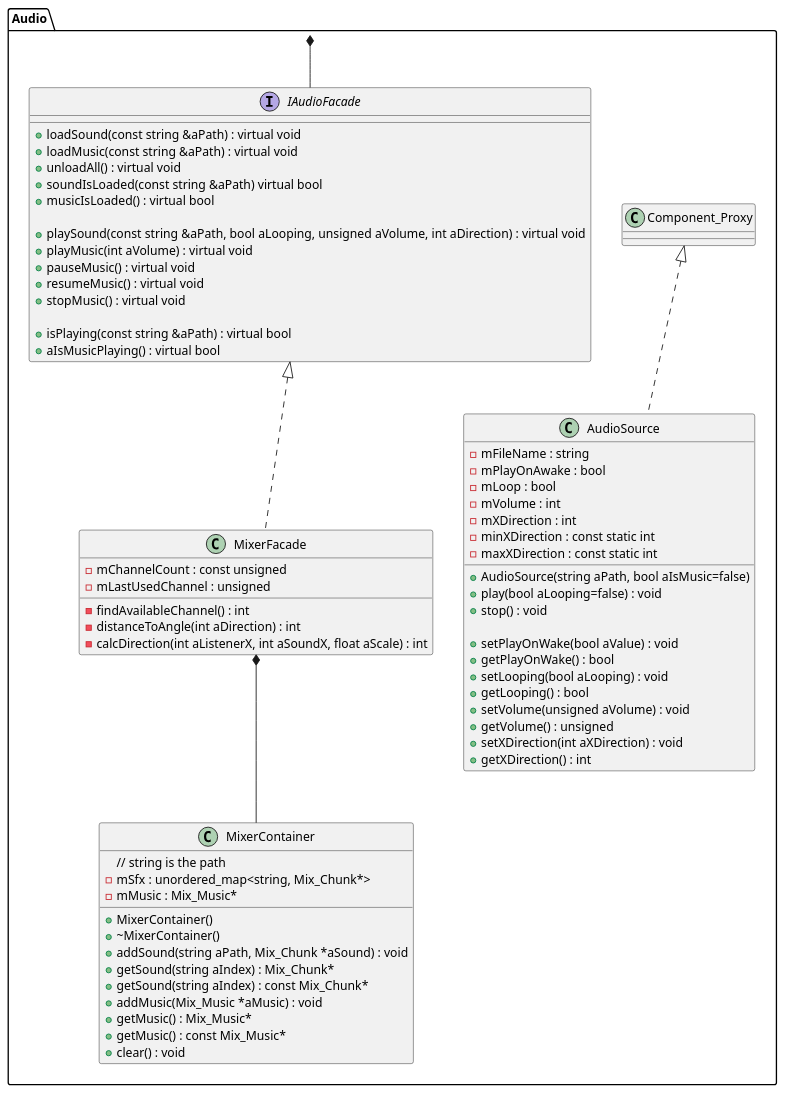
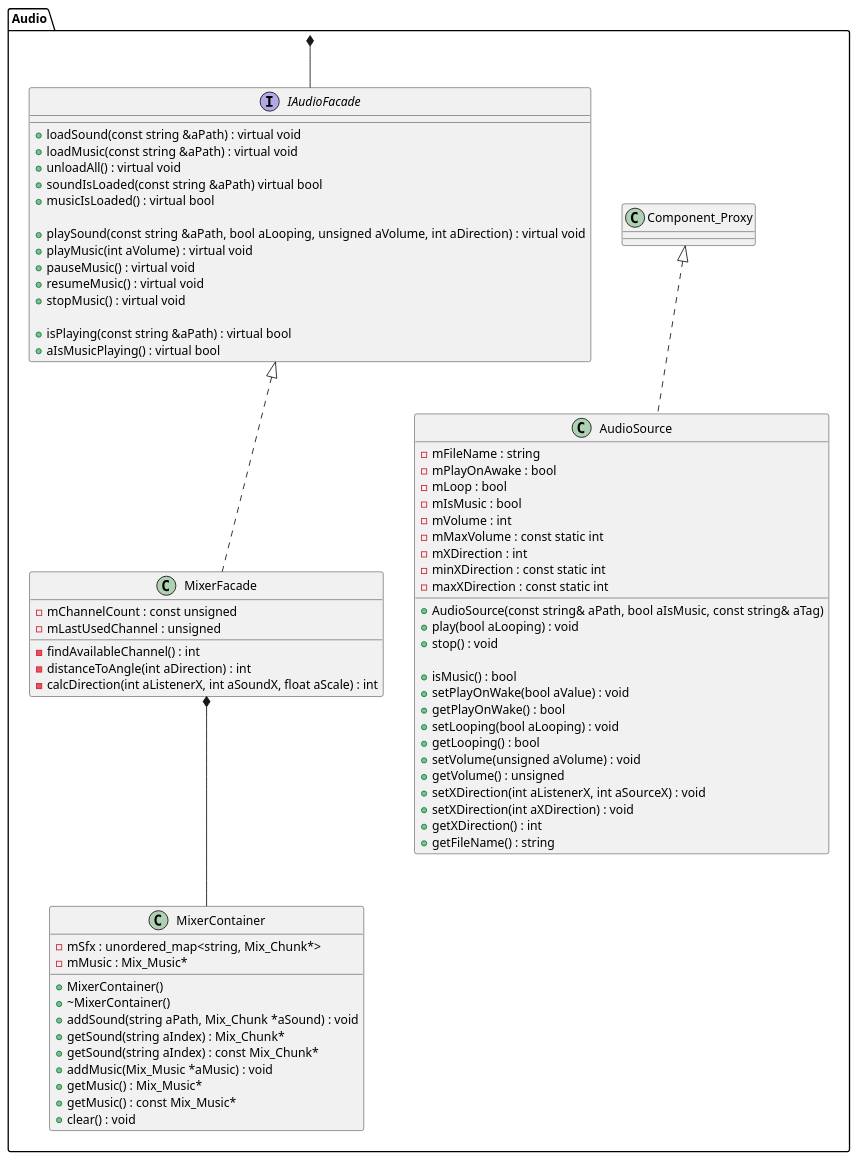
The diagram in docs/Diagrams/classDiagramPackages/audioPackage.puml (Seger01/GameEngine), drawn with PlantUML before and after one commit.

Commit message:
Updated audiosource class diagram

```diff
--- a/docs/Diagrams/classDiagramPackages/audioPackage.puml
+++ b/docs/Diagrams/classDiagramPackages/audioPackage.puml
@@ -1,74 +1,79 @@
 @startuml audioPackageClassDiagram
 
 package Audio{
     class Component_Proxy {}
 
 class AudioSource implements Component_Proxy{
     - mFileName : string
     - mPlayOnAwake : bool
     - mLoop : bool
+    - mIsMusic : bool
     - mVolume : int
+    - mMaxVolume : const static int
     - mXDirection : int
     - minXDirection : const static int
     - maxXDirection : const static int
-    + AudioSource(string aPath, bool aIsMusic=false)
-    + play(bool aLooping=false) : void
+
+    + AudioSource(const string& aPath, bool aIsMusic, const string& aTag)
+    + play(bool aLooping) : void
     + stop() : void 
 
+    + isMusic() : bool
     + setPlayOnWake(bool aValue) : void
     + getPlayOnWake() : bool
     + setLooping(bool aLooping) : void
     + getLooping() : bool
     + setVolume(unsigned aVolume) : void
     + getVolume() : unsigned
+    + setXDirection(int aListenerX, int aSourceX) : void
     + setXDirection(int aXDirection) : void
     + getXDirection() : int
+    + getFileName() : string
 }
 
 interface IAudioFacade {
     + loadSound(const string &aPath) : virtual void
     + loadMusic(const string &aPath) : virtual void
     + unloadAll() : virtual void
     + soundIsLoaded(const string &aPath) virtual bool
     + musicIsLoaded() : virtual bool
     
     + playSound(const string &aPath, bool aLooping, unsigned aVolume, int aDirection) : virtual void
     + playMusic(int aVolume) : virtual void
 	+ pauseMusic() : virtual void
 	+ resumeMusic() : virtual void
 	+ stopMusic() : virtual void
     
     + isPlaying(const string &aPath) : virtual bool
     + aIsMusicPlaying() : virtual bool
 }
 
 class MixerFacade implements IAudioFacade {
     - mChannelCount : const unsigned
     - mLastUsedChannel : unsigned
     - findAvailableChannel() : int
     - distanceToAngle(int aDirection) : int
     - calcDirection(int aListenerX, int aSoundX, float aScale) : int
 }
 
 class MixerContainer {
-    // string is the path
     - mSfx : unordered_map<string, Mix_Chunk*>
     - mMusic : Mix_Music*
     + MixerContainer()
     + ~MixerContainer()
     + addSound(string aPath, Mix_Chunk *aSound) : void
     + getSound(string aIndex) : Mix_Chunk*
     + getSound(string aIndex) : const Mix_Chunk*
     + addMusic(Mix_Music *aMusic) : void
     + getMusic() : Mix_Music*
     + getMusic() : const Mix_Music*
     + clear() : void
 }
 
 MixerFacade *-- MixerContainer
 
 }
 
 Audio *--IAudioFacade
 
 @enduml
```
